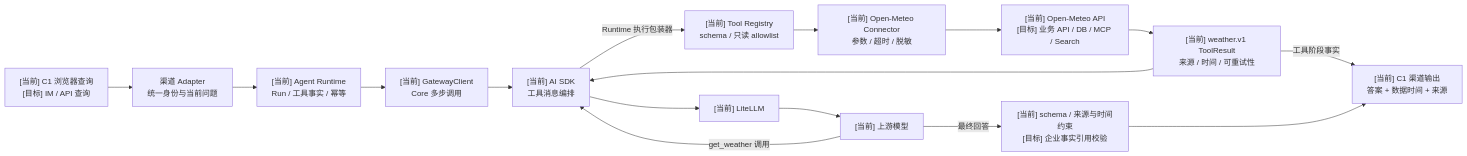
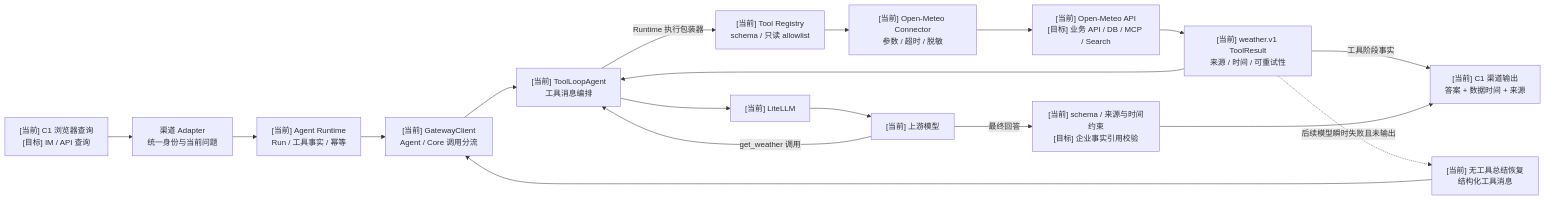
Before and after one commit to leidaibo-lab/ai-platform: the fourth of 7 diagrams in docs/scenario-interaction-chains.md, drawn with Mermaid. The commit also changed other lines of this file and 20 other files, not shown here.

````diff
--- a/docs/scenario-interaction-chains.md
+++ b/docs/scenario-interaction-chains.md
@@ -300,22 +302,24 @@
 ```mermaid
 flowchart LR
   Source["[当前] C1 浏览器查询<br/>[目标] IM / API 查询"]
   Adapter["渠道 Adapter<br/>统一身份与当前问题"]
   Runtime["[当前] Agent Runtime<br/>Run / 工具事实 / 幂等"]
-  Gateway["[当前] GatewayClient<br/>Core 多步调用"]
-  AiSdk["[当前] AI SDK<br/>工具消息编排"]
+  Gateway["[当前] GatewayClient<br/>Agent / Core 调用分流"]
+  AiSdk["[当前] ToolLoopAgent<br/>工具消息编排"]
   LiteLLM["[当前] LiteLLM"]
   Model["[当前] 上游模型"]
   Registry["[当前] Tool Registry<br/>schema / 只读 allowlist"]
   Connector["[当前] Open-Meteo Connector<br/>参数 / 超时 / 脱敏"]
   Business["[当前] Open-Meteo API<br/>[目标] 业务 API / DB / MCP / Search"]
   Result["[当前] weather.v1 ToolResult<br/>来源 / 时间 / 可重试性"]
+  Recovery["[当前] 无工具总结恢复<br/>结构化工具消息"]
   Validate["[当前] schema / 来源与时间约束<br/>[目标] 企业事实引用校验"]
   Delivery["[当前] C1 渠道输出<br/>答案 + 数据时间 + 来源"]
 
   Source --> Adapter --> Runtime --> Gateway --> AiSdk --> LiteLLM --> Model
   Model -->|get_weather 调用| AiSdk
   AiSdk -->|Runtime 执行包装器| Registry --> Connector --> Business --> Result --> AiSdk
   Result -->|工具阶段事实| Delivery
+  Result -.->|后续模型瞬时失败且未输出| Recovery --> Gateway
   Model -->|最终回答| Validate --> Delivery
 ```
````
